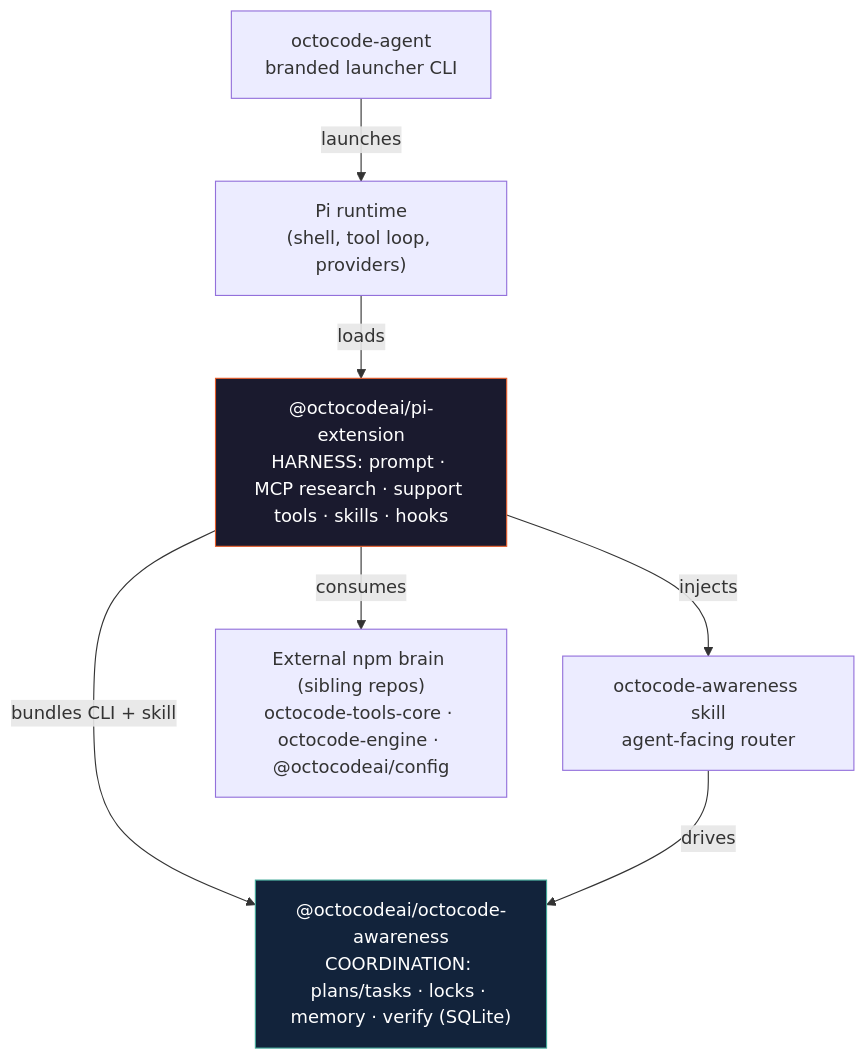
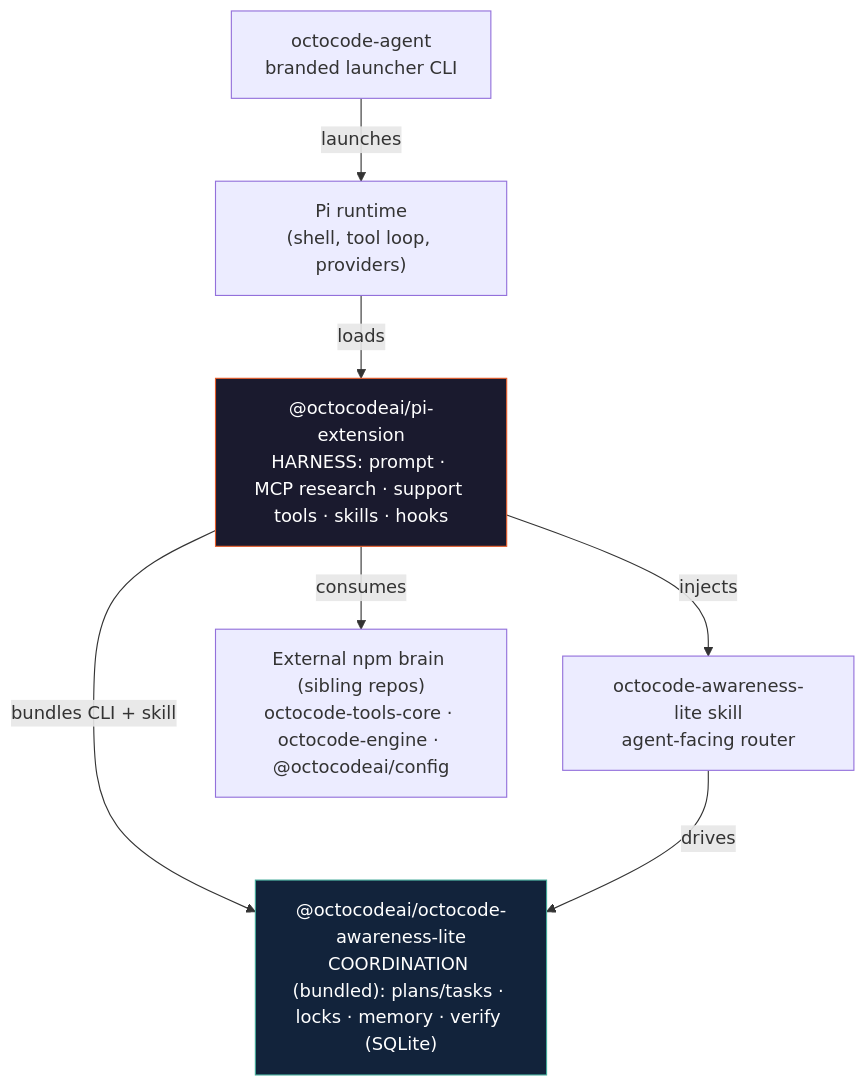
One commit to bgauryy/octocode-agent changed the diagram in README.md. Above: the diagram before and after it, drawn with Mermaid. The commit also changed other lines of this file, not shown here.

````diff
--- a/README.md
+++ b/README.md
@@ -214,19 +216,19 @@
 ```mermaid
 graph TD
     AGENT["octocode-agent<br/>branded launcher CLI"]
     PI["Pi runtime<br/>(shell, tool loop, providers)"]
     EXT["@octocodeai/pi-extension<br/>HARNESS: prompt · MCP research · support tools · skills · hooks"]
-    AW["@octocodeai/octocode-awareness<br/>COORDINATION: plans/tasks · locks · memory · verify (SQLite)"]
-    SKILL["octocode-awareness skill<br/>agent-facing router"]
+    AW["@octocodeai/octocode-awareness-lite<br/>COORDINATION (bundled): plans/tasks · locks · memory · verify (SQLite)"]
+    SKILL["octocode-awareness-lite skill<br/>agent-facing router"]
     BRAIN["External npm brain (sibling repos)<br/>octocode-tools-core · octocode-engine · @octocodeai/config"]
 
     AGENT -- launches --> PI
     PI -- loads --> EXT
     EXT -- bundles CLI + skill --> AW
     EXT -- injects --> SKILL
     SKILL -- drives --> AW
     EXT -- consumes --> BRAIN
 
     style EXT fill:#1a1a2e,stroke:#e75d2a,color:#fff
     style AW fill:#12233b,stroke:#4a9,color:#fff
 ```
````
